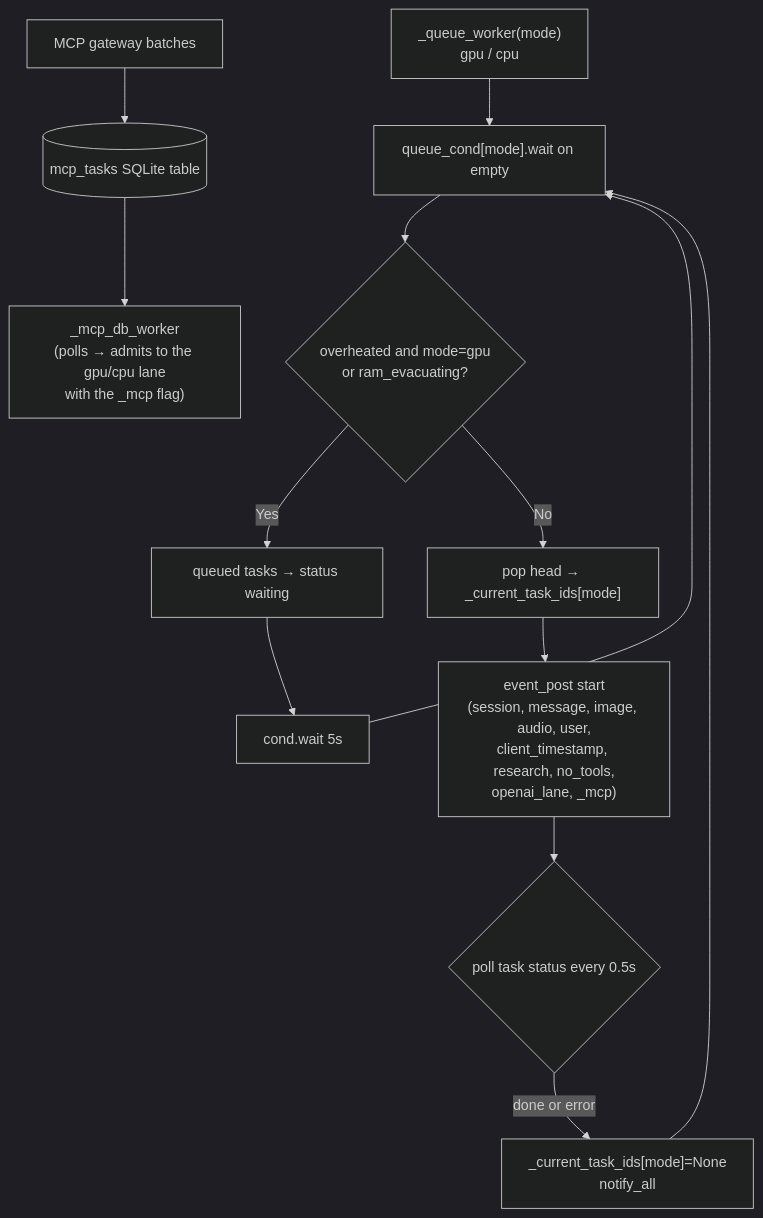
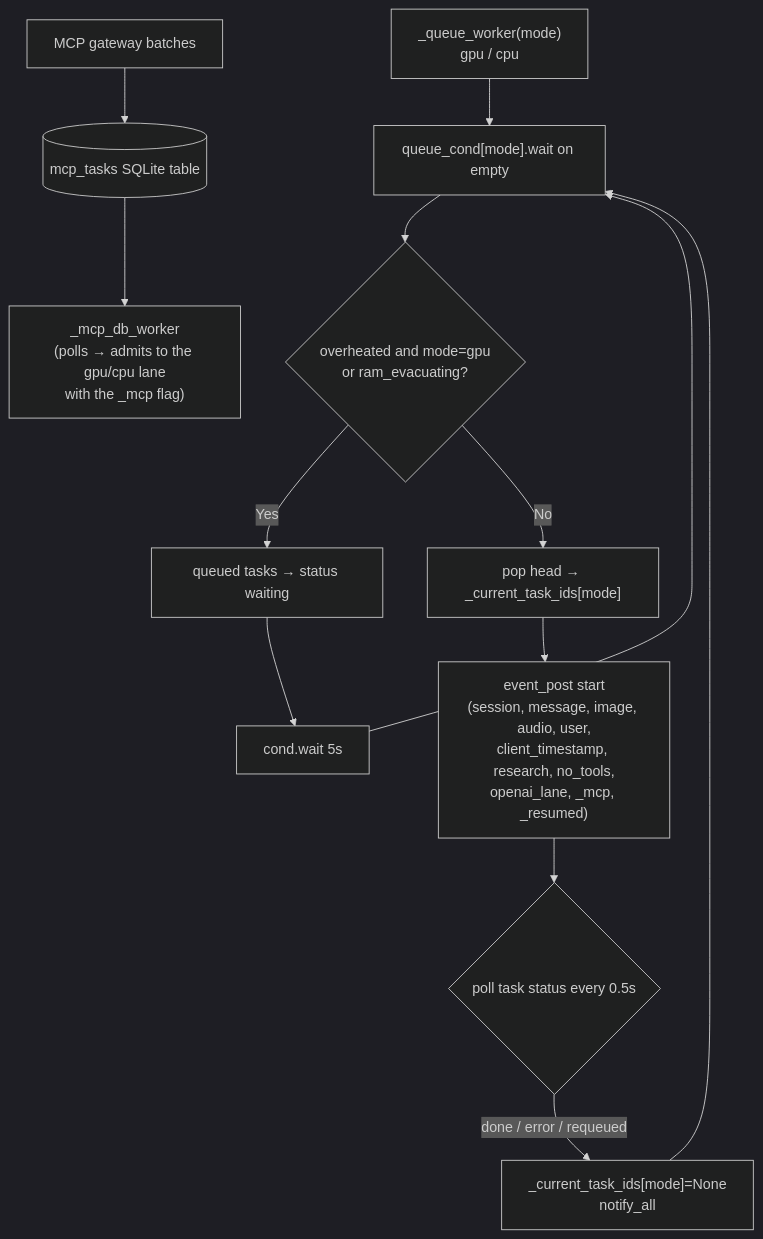
The eighth of 13 diagrams in ARCHITECTURE.md (Palash90/local-ai), drawn with Mermaid (dark theme) before and after one commit. The commit also changed other lines of this file and 16 other files, not shown here.

````diff
--- a/ARCHITECTURE.md
+++ b/ARCHITECTURE.md
@@ -300,13 +300,13 @@
 ```mermaid
 graph TD
     E2["_queue_worker(mode)\ngpu / cpu"] --> QueueLoop["queue_cond[mode].wait on empty"]
     QueueLoop --> PauseCheck{"overheated and mode=gpu\nor ram_evacuating?"}
     PauseCheck -- Yes --> MarkWaiting["queued tasks → status waiting"]
     MarkWaiting --> PauseWait["cond.wait 5s"] --> QueueLoop
     PauseCheck -- No --> PopTask["pop head → _current_task_ids[mode]"]
-    PopTask --> PostStart["event_post start\n(session, message, image, audio, user,\nclient_timestamp, research, no_tools,\nopenai_lane, _mcp)"]
+    PopTask --> PostStart["event_post start\n(session, message, image, audio, user,\nclient_timestamp, research, no_tools,\nopenai_lane, _mcp, _resumed)"]
     PostStart --> TaskDoneWait{"poll task status every 0.5s"}
-    TaskDoneWait -- "done or error" --> Clear["_current_task_ids[mode]=None\nnotify_all"] --> QueueLoop
+    TaskDoneWait -- "done / error / requeued" --> Clear["_current_task_ids[mode]=None\nnotify_all"] --> QueueLoop
 
     MCP["MCP gateway batches"] --> DBQ[("mcp_tasks SQLite table")] --> MW["_mcp_db_worker\n(polls → admits to the gpu/cpu lane\nwith the _mcp flag)"]
 ```
````
